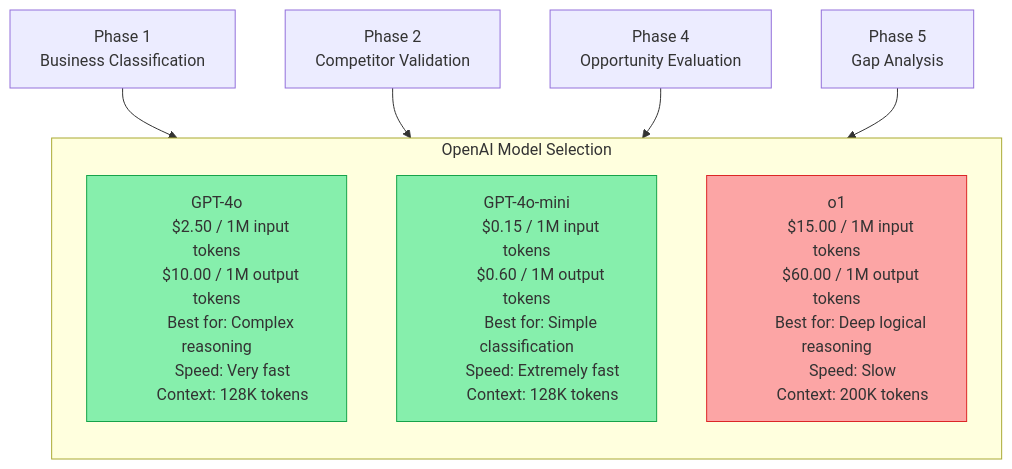
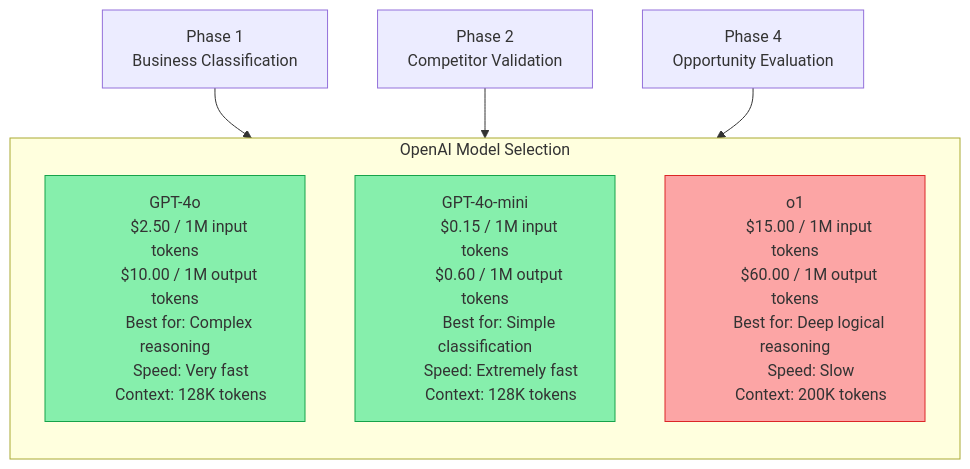
Before and after one commit to modlix-india/Adzump-AI: the third of 11 diagrams in docs/competitor_architecture.md, drawn with Mermaid. The commit also changed other lines of this file, not shown here.

Commit message:
docs: Update competitor architecture status, remove codebase readiness section, and adjust TOC for deferred phases.

````diff
--- a/docs/competitor_architecture.md
+++ b/docs/competitor_architecture.md
@@ -316,36 +266,35 @@
 ```mermaid
 graph TB
     subgraph OpenAI [OpenAI Model Selection]
         direction TB
 
         GPT4o["GPT-4o
         $2.50 / 1M input tokens
         $10.00 / 1M output tokens
         Best for: Complex reasoning
         Speed: Very fast
         Context: 128K tokens"]
 
         GPT4oMini["GPT-4o-mini
         $0.15 / 1M input tokens
         $0.60 / 1M output tokens
         Best for: Simple classification
         Speed: Extremely fast
         Context: 128K tokens"]
 
         O1["o1
         $15.00 / 1M input tokens
         $60.00 / 1M output tokens
         Best for: Deep logical reasoning
         Speed: Slow
         Context: 200K tokens"]
     end
 
     P1[Phase 1\nBusiness Classification] --> GPT4oMini
     P2[Phase 2\nCompetitor Validation] --> GPT4o
     P4[Phase 4\nOpportunity Evaluation] --> GPT4o
-    P5[Phase 5\nGap Analysis] --> GPT4o
 
     style GPT4o fill:#86efac,stroke:#16a34a
     style GPT4oMini fill:#86efac,stroke:#16a34a
     style O1 fill:#fca5a5,stroke:#dc2626
 ```
````
